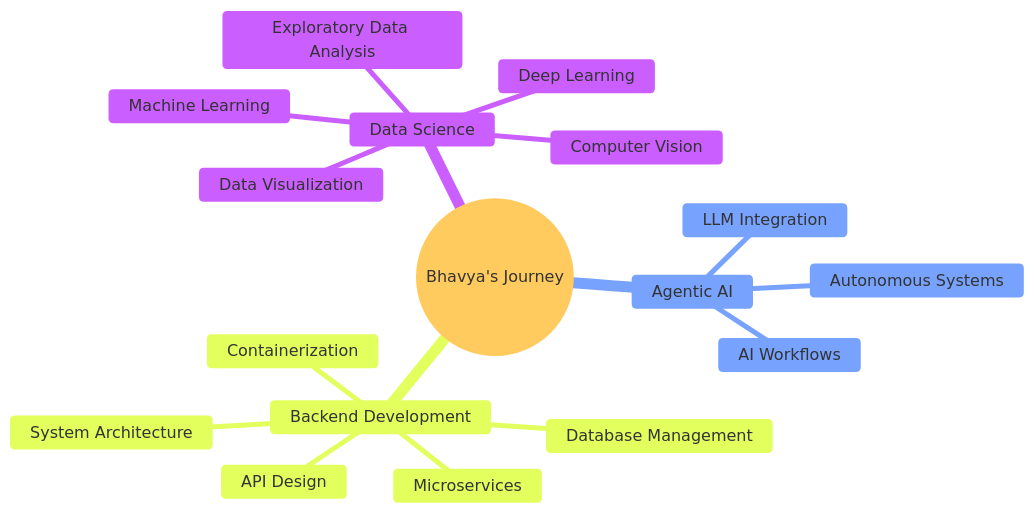
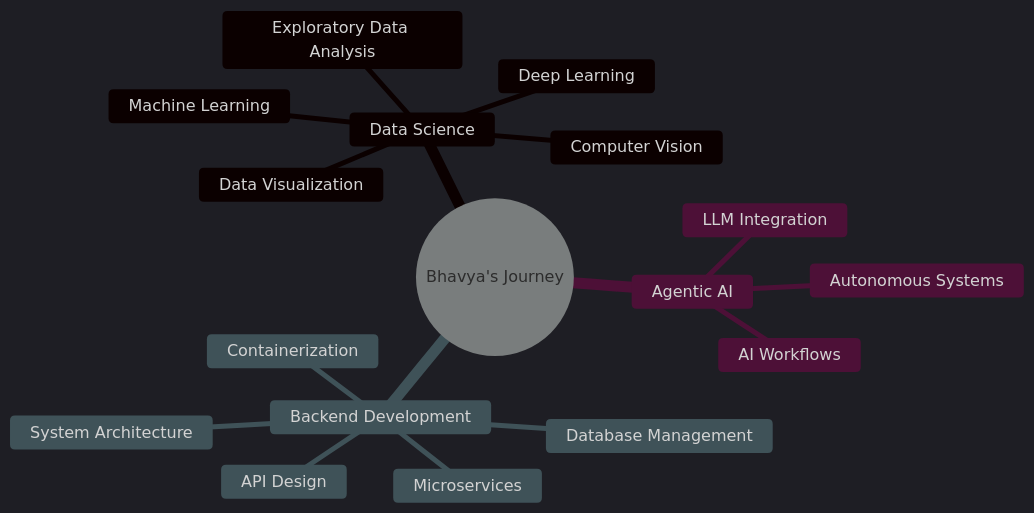
The diagram in README.md (04bhavyaa/04bhavyaa), drawn with Mermaid before and after one commit.

Commit message:
Update Mermaid theme in README
Changed Mermaid theme from 'base' to 'dark' for better visibility.

````diff
--- a/README.md
+++ b/README.md
@@ -68,21 +68,21 @@
 ```mermaid
-%%{init: {'theme':'base', 'themeVariables': { 'textColor':'#ffffff', 'fontSize':'16px', 'fontFamily':'Arial'}}}%%
+%%{init: {'theme':'dark', 'themeVariables': { 'textColor':'#ffffff', 'fontSize':'16px', 'fontFamily':'Arial'}}}%%
 mindmap
   root((Bhavya's Journey))
     Data Science
       Machine Learning
       Deep Learning
       Data Visualization
       Exploratory Data Analysis
       Computer Vision
     Agentic AI
       LLM Integration
       Autonomous Systems
       AI Workflows
     Backend Development
       API Design
       Database Management
       System Architecture
       Containerization
       Microservices
 ```
````
